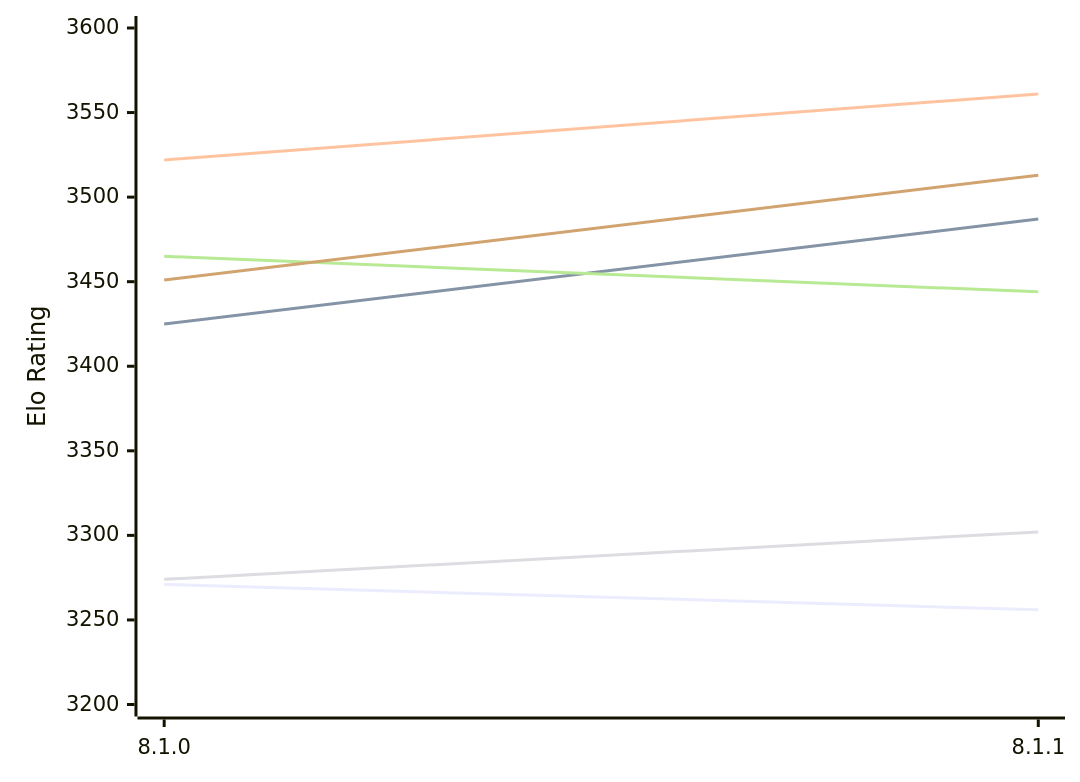
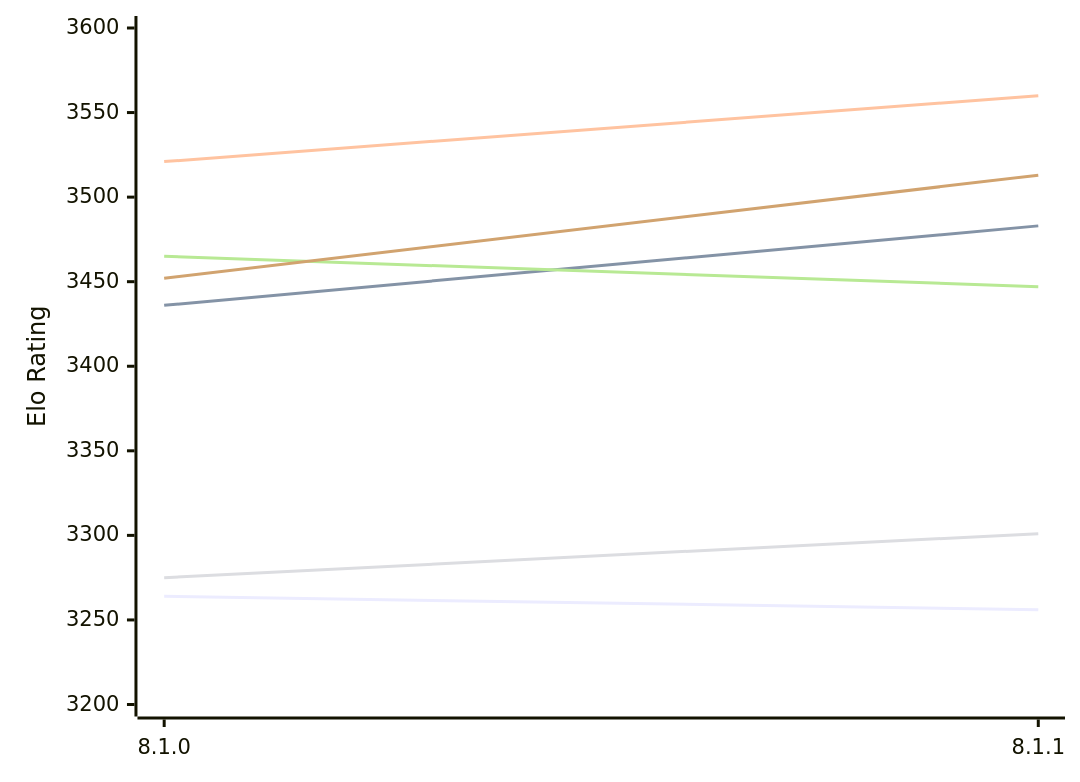
Before and after one commit to computer-chess-index/cci: the first of 2 diagrams in engines/Velvet.md, drawn with Mermaid. The commit also changed other lines of this file, not shown here.

Commit message:
Update CCI Ratings (ELO VLTC) - 2026-11-27

````diff
--- a/engines/Velvet.md
+++ b/engines/Velvet.md
@@ -51,12 +51,12 @@
 ```mermaid
 %%{init: {"theme":"base","themeVariables":{"seriesColors:['#a3a3a3','#222221','#faa371']}}}%%
 xychart-beta
   x-axis ["8.1.0", "8.1.1"]
   y-axis "Elo Rating" 3200 --> 3600
-  line "E1: STC (8.0+0.08s)" [3271, 3256]
-  line "E1: LTC (60.0+0.60s)" [3425, 3487]
-  line "E1: VLTC (2m24s+1.12s)" [3522, 3561]
-  line "P1: STC (8.0+0.08s)" [3274, 3302]
-  line "P1: LTC (60.0+0.60s)" [3465, 3444]
-  line "P1: VLTC (2m24s+1.12s)" [3451, 3513]
+  line "E1: STC (8.0+0.08s)" [3264, 3256]
+  line "E1: LTC (60.0+0.60s)" [3436, 3483]
+  line "E1: VLTC (2m24s+1.12s)" [3521, 3560]
+  line "P1: STC (8.0+0.08s)" [3275, 3301]
+  line "P1: LTC (60.0+0.60s)" [3465, 3447]
+  line "P1: VLTC (2m24s+1.12s)" [3452, 3513]
 ```
````
